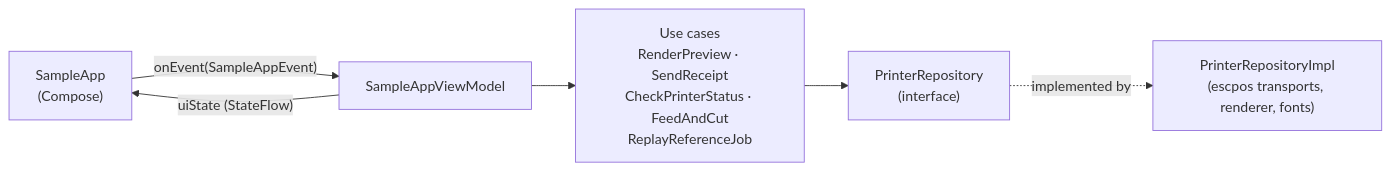
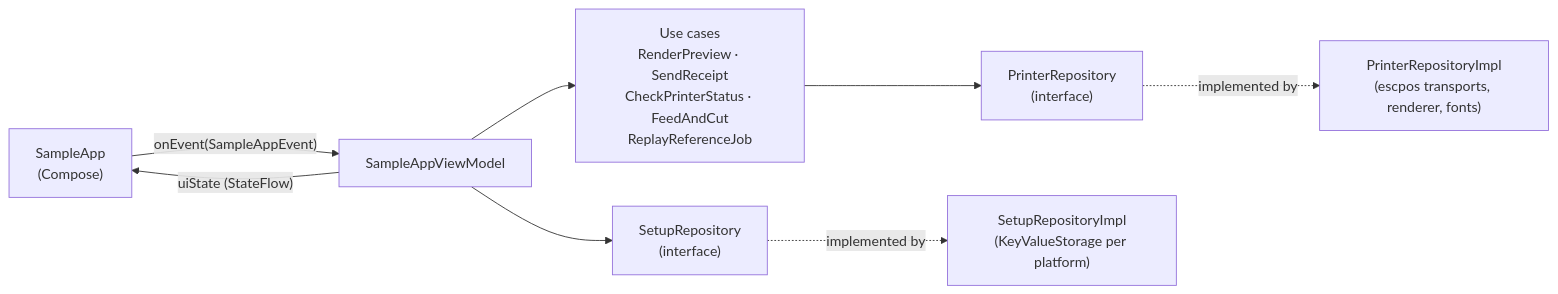
The second of 2 diagrams in README.md (codemasterlk/KMP-Receipt-Printer-Sample-App), drawn with Mermaid before and after one commit. The commit also changed other lines of this file and 11 other files, not shown here.

````diff
--- a/README.md
+++ b/README.md
@@ -99,8 +99,10 @@
 ```mermaid
 flowchart LR
     UI["SampleApp\n(Compose)"] -- "onEvent(SampleAppEvent)" --> VM["SampleAppViewModel"]
     VM -- "uiState (StateFlow)" --> UI
     VM --> UC["Use cases\nRenderPreview · SendReceipt\nCheckPrinterStatus · FeedAndCut\nReplayReferenceJob"]
     UC --> R["PrinterRepository\n(interface)"]
     R -.implemented by.-> RI["PrinterRepositoryImpl\n(escpos transports, renderer, fonts)"]
+    VM --> S["SetupRepository\n(interface)"]
+    S -.implemented by.-> SI["SetupRepositoryImpl\n(KeyValueStorage per platform)"]
 ```
````
